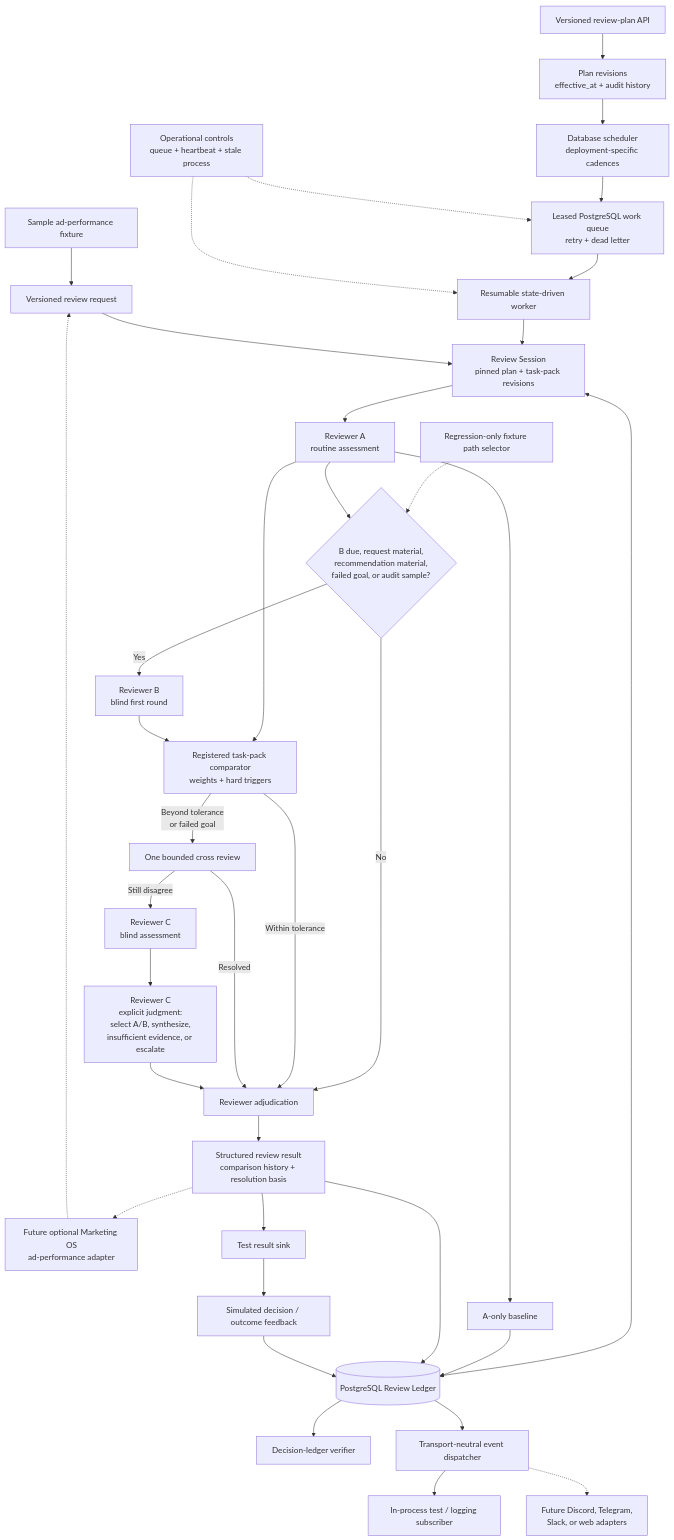
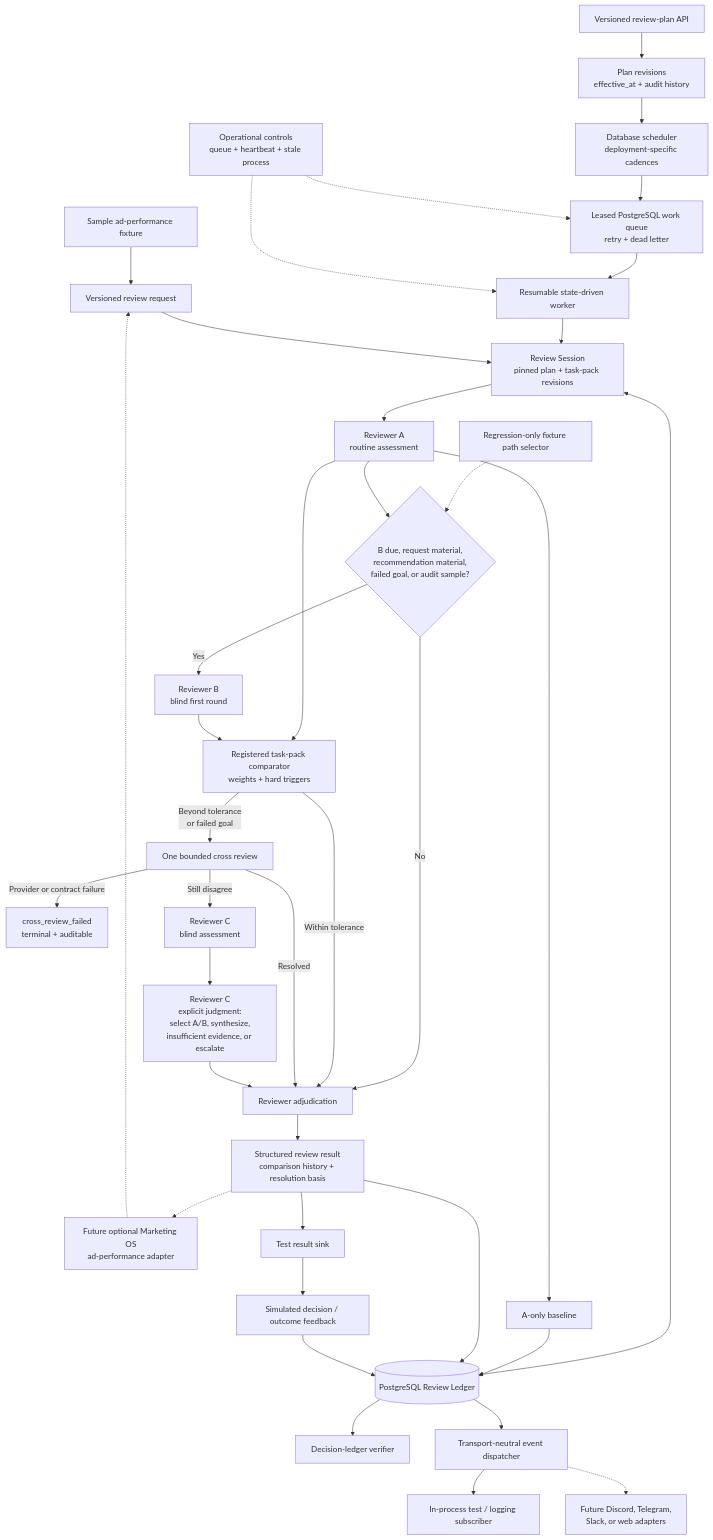
Before and after one commit to 0xZanderPander/CONCLAVE: the diagram in MVP_project_architecture.md, drawn with Mermaid. The commit also changed other lines of this file and 32 other files, not shown here.

````diff
--- a/MVP_project_architecture.md
+++ b/MVP_project_architecture.md
@@ -83,41 +83,42 @@
 ```mermaid
 flowchart TB
     Fixture["Sample ad-performance fixture"] --> Request["Versioned review request"]
     FutureMarketing["Future optional Marketing OS<br/>ad-performance adapter"] -.-> Request
     PlanAPI["Versioned review-plan API"] --> Plans["Plan revisions<br/>effective_at + audit history"]
     Plans --> Scheduler["Database scheduler<br/>deployment-specific cadences"]
     Scheduler --> Queue["Leased PostgreSQL work queue<br/>retry + dead letter"]
     Queue --> Worker["Resumable state-driven worker"]
     Worker --> Session["Review Session<br/>pinned plan + task-pack revisions"]
     Request --> Session
     Session <--> Ledger[("PostgreSQL Review Ledger")]
     Ops["Operational controls<br/>queue + heartbeat + stale process"] -.-> Queue
     Ops -.-> Worker
     FixturePath["Regression-only fixture path selector"] -.-> Expand
 
     Session --> A["Reviewer A<br/>routine assessment"]
     A --> Baseline["A-only baseline"]
     Baseline --> Ledger
     A --> Expand{"B due, request material,<br/>recommendation material,<br/>failed goal, or audit sample?"}
     Expand -->|"No"| Resolve["Reviewer adjudication"]
     Expand -->|"Yes"| B["Reviewer B<br/>blind first round"]
     A --> Compare["Registered task-pack comparator<br/>weights + hard triggers"]
     B --> Compare
     Compare -->|"Within tolerance"| Resolve
     Compare -->|"Beyond tolerance<br/>or failed goal"| Cross["One bounded cross review"]
+    Cross -->|"Provider or contract failure"| CrossFailed["cross_review_failed<br/>terminal + auditable"]
     Cross -->|"Resolved"| Resolve
     Cross -->|"Still disagree"| CBlind["Reviewer C<br/>blind assessment"]
     CBlind --> CJudge["Reviewer C<br/>explicit judgment:<br/>select A/B, synthesize,<br/>insufficient evidence, or escalate"]
     CJudge --> Resolve
 
     Resolve --> Result["Structured review result<br/>comparison history + resolution basis"]
     Result --> Ledger
     Ledger --> Audit["Decision-ledger verifier"]
     Ledger --> Dispatcher["Transport-neutral event dispatcher"]
     Dispatcher --> TestSubscriber["In-process test / logging subscriber"]
     Dispatcher -.-> FutureTransports["Future Discord, Telegram,<br/>Slack, or web adapters"]
     Result --> TestSink["Test result sink"]
     TestSink --> Feedback["Simulated decision / outcome feedback"]
     Result -.-> FutureMarketing
     Feedback --> Ledger
 ```
````
